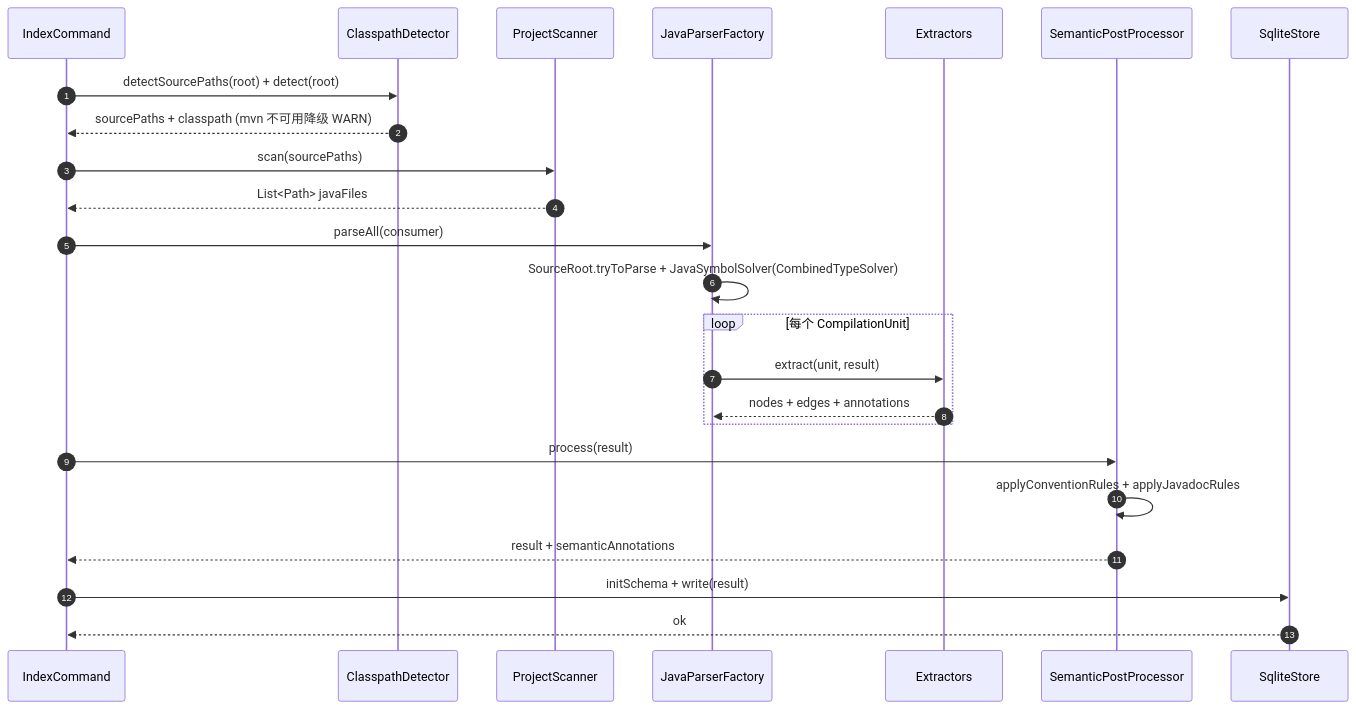
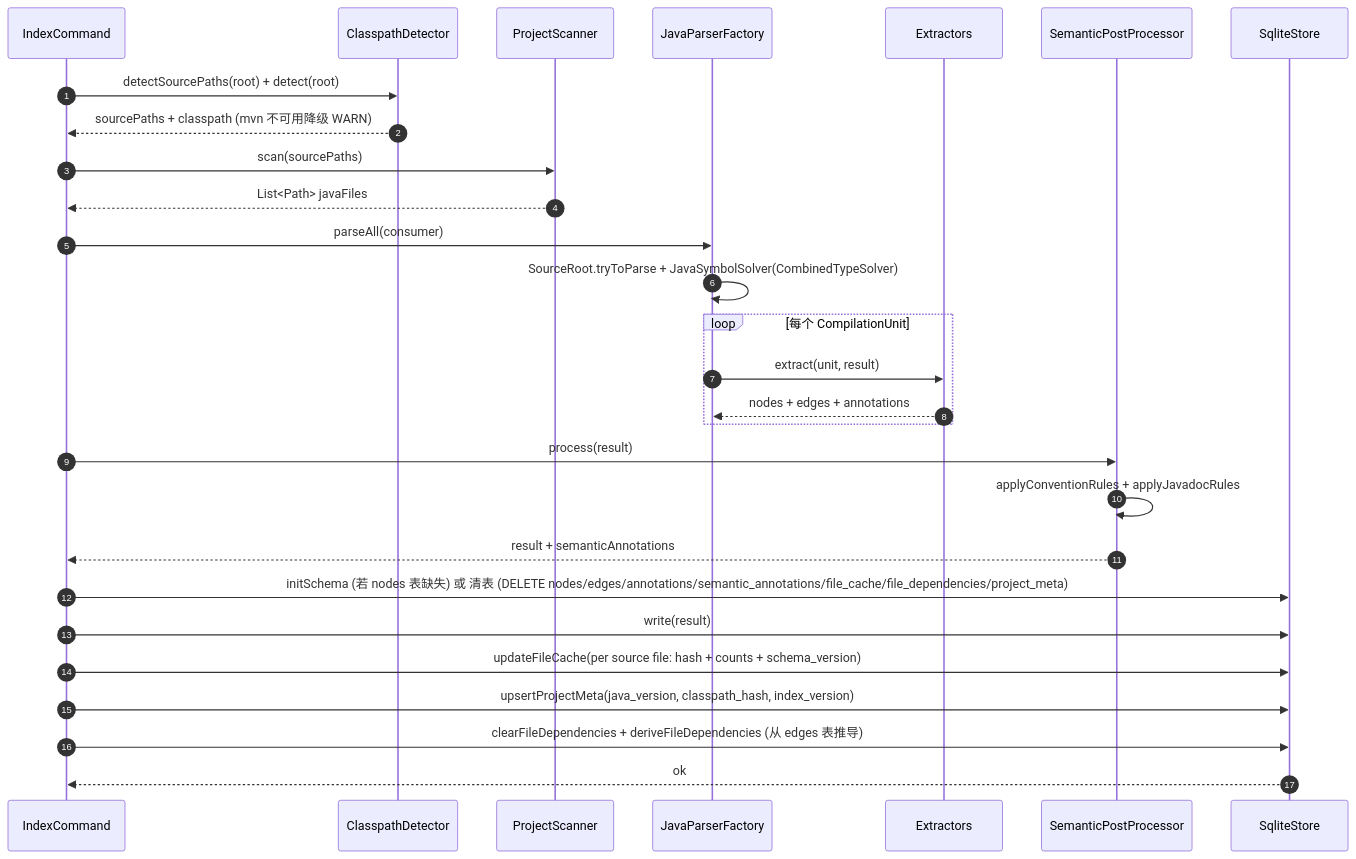
One commit to stream-iori/anatomist changed the second of 6 diagrams in .diorama/knowledge/facts/domain-model.md. Above: the diagram before and after it, drawn with Mermaid. The commit also changed other lines of this file and 2 other files, not shown here.

````diff
--- a/.diorama/knowledge/facts/domain-model.md
+++ b/.diorama/knowledge/facts/domain-model.md
@@ -134,27 +144,31 @@
 ```mermaid
 sequenceDiagram
     autonumber
     participant CLI as IndexCommand
     participant CD as ClasspathDetector
     participant PS as ProjectScanner
     participant JF as JavaParserFactory
     participant Ext as Extractors
     participant PP as SemanticPostProcessor
     participant SS as SqliteStore
 
     CLI->>CD: detectSourcePaths(root) + detect(root)
     CD-->>CLI: sourcePaths + classpath (mvn 不可用降级 WARN)
     CLI->>PS: scan(sourcePaths)
     PS-->>CLI: List<Path> javaFiles
     CLI->>JF: parseAll(consumer)
     JF->>JF: SourceRoot.tryToParse + JavaSymbolSolver(CombinedTypeSolver)
     loop 每个 CompilationUnit
         JF->>Ext: extract(unit, result)
         Ext-->>JF: nodes + edges + annotations
     end
     CLI->>PP: process(result)
     PP->>PP: applyConventionRules + applyJavadocRules
     PP-->>CLI: result + semanticAnnotations
-    CLI->>SS: initSchema + write(result)
+    CLI->>SS: initSchema (若 nodes 表缺失) 或 清表 (DELETE nodes/edges/annotations/semantic_annotations/file_cache/file_dependencies/project_meta)
+    CLI->>SS: write(result)
+    CLI->>SS: updateFileCache(per source file: hash + counts + schema_version)
+    CLI->>SS: upsertProjectMeta(java_version, classpath_hash, index_version)
+    CLI->>SS: clearFileDependencies + deriveFileDependencies (从 edges 表推导)
     SS-->>CLI: ok
 ```
````
